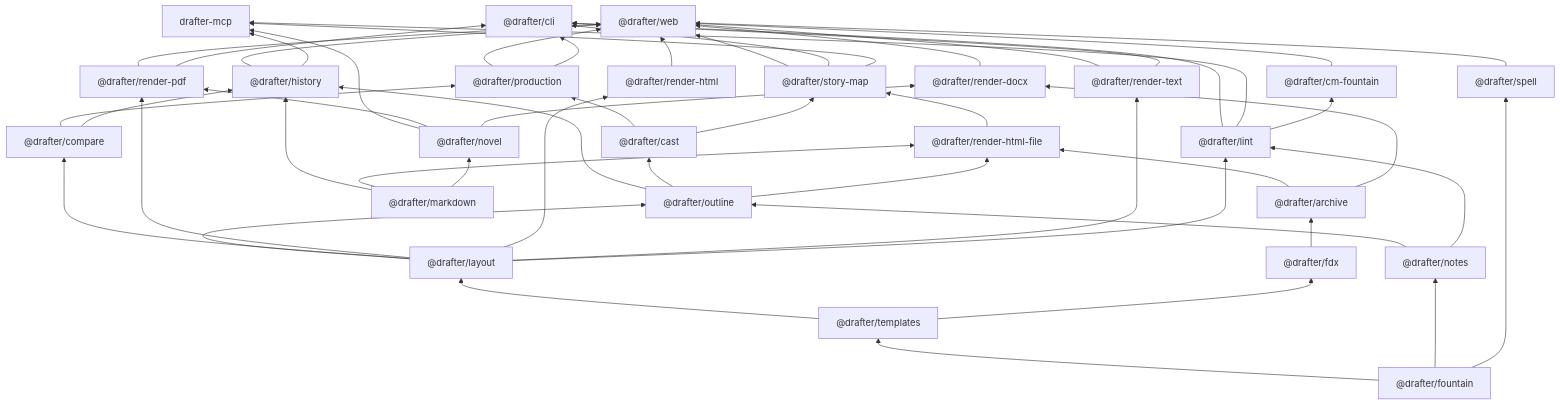
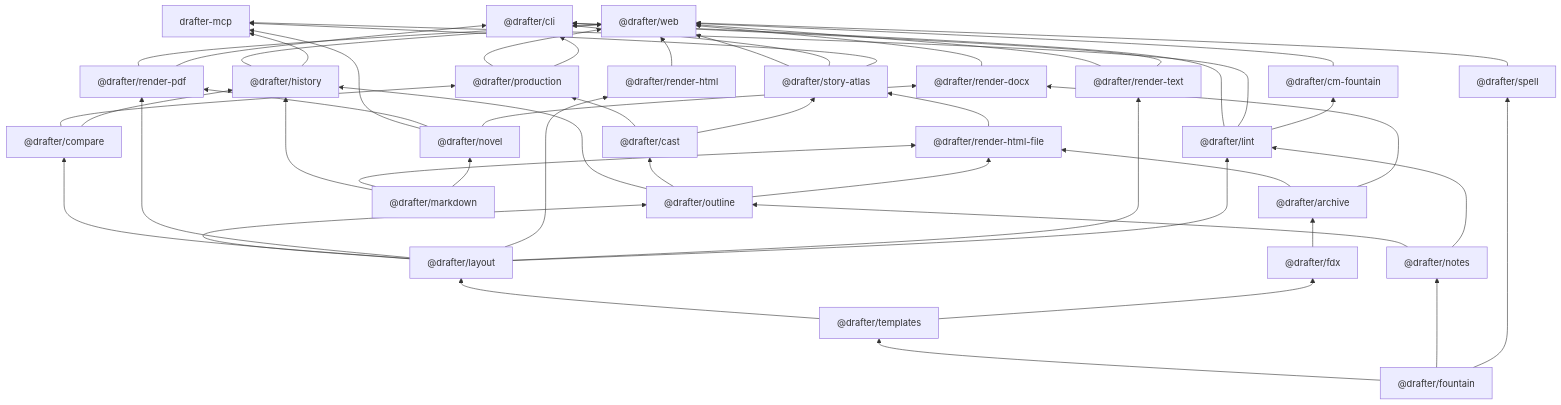
Before and after one commit to cschweda/drafter: the first of 5 diagrams in docs/technical-details.md, drawn with Mermaid. The commit also changed other lines of this file and 234 other files, not shown here.

First line of the commit message:
feat: the story map is the Story Atlas

````diff
--- a/docs/technical-details.md
+++ b/docs/technical-details.md
@@ -38,76 +38,76 @@
 ```mermaid
 flowchart BT
   web["@drafter/web"]
   cli["@drafter/cli"]
   drafter_mcp["drafter-mcp"]
   cm_fountain["@drafter/cm-fountain"]
   outline["@drafter/outline"]
   production["@drafter/production"]
   compare["@drafter/compare"]
   history["@drafter/history"]
   cast["@drafter/cast"]
-  story_map["@drafter/story-map"]
+  story_atlas["@drafter/story-atlas"]
   render_pdf["@drafter/render-pdf"]
   render_html["@drafter/render-html"]
   render_html_file["@drafter/render-html-file"]
   render_text["@drafter/render-text"]
   render_docx["@drafter/render-docx"]
   layout["@drafter/layout"]
   lint["@drafter/lint"]
   fdx["@drafter/fdx"]
   archive["@drafter/archive"]
   templates["@drafter/templates"]
   notes["@drafter/notes"]
   spell["@drafter/spell"]
   markdown["@drafter/markdown"]
   novel["@drafter/novel"]
   fountain["@drafter/fountain"]
   cm_fountain --> web
   history --> web
   production --> web
   render_docx --> web
   render_html --> web
   render_pdf --> web
   render_text --> web
   spell --> web
-  story_map --> web
+  story_atlas --> web
   lint --> cli
   production --> cli
   render_pdf --> cli
   render_text --> cli
-  story_map --> cli
+  story_atlas --> cli
   history --> drafter_mcp
   lint --> drafter_mcp
   novel --> drafter_mcp
-  story_map --> drafter_mcp
+  story_atlas --> drafter_mcp
   lint --> cm_fountain
   layout --> outline
   notes --> outline
   cast --> production
   compare --> production
   layout --> compare
   compare --> history
   markdown --> history
   outline --> history
   outline --> cast
-  cast --> story_map
-  render_html_file --> story_map
+  cast --> story_atlas
+  render_html_file --> story_atlas
   layout --> render_pdf
   novel --> render_pdf
   layout --> render_html
   archive --> render_html_file
   markdown --> render_html_file
   outline --> render_html_file
   layout --> render_text
   archive --> render_docx
   novel --> render_docx
   templates --> layout
   layout --> lint
   notes --> lint
   templates --> fdx
   fdx --> archive
   fountain --> templates
   fountain --> notes
   fountain --> spell
   markdown --> novel
 ```
````
